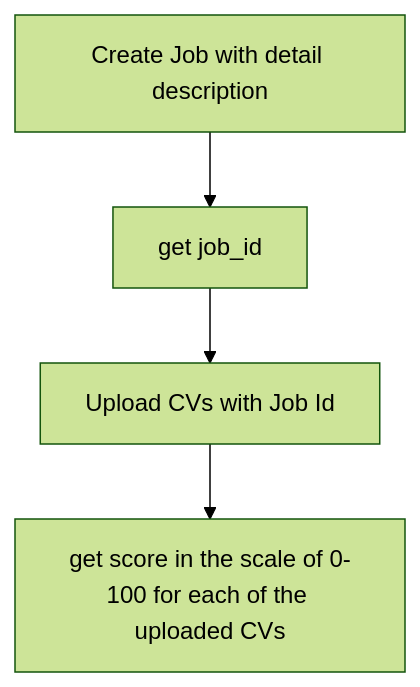
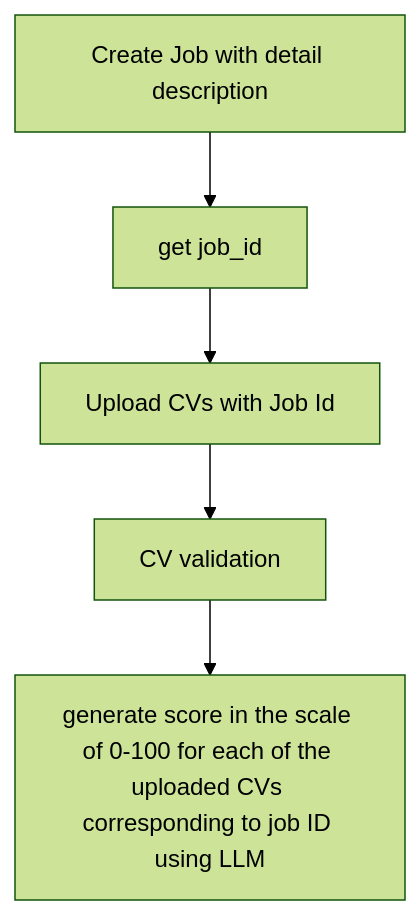
The diagram in README.md (ShubhajitM/CVScore), drawn with Mermaid (forest theme) before and after one commit.

````diff
--- a/README.md
+++ b/README.md
@@ -18,6 +18,7 @@
 ```mermaid
 graph TD;
     A[Create Job with detail description] --> B[get job_id]
     B --> C[Upload CVs with Job Id]
-    C --> D[get score in the scale of 0-100 for each of the uploaded CVs]
+    C --> D[CV validation]
+    D --> E[generate score in the scale of 0-100 for each of the uploaded CVs corresponding to job ID using LLM]
 ```
````
